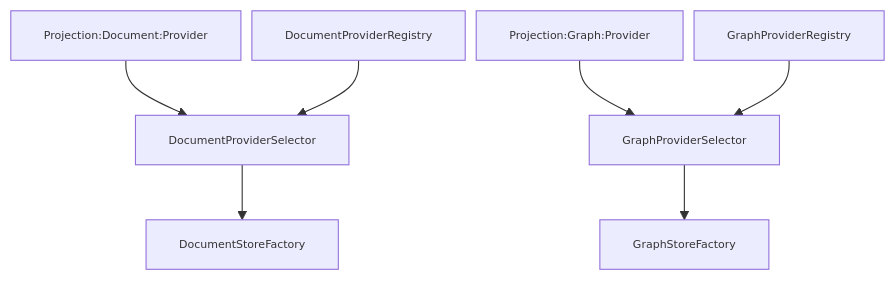
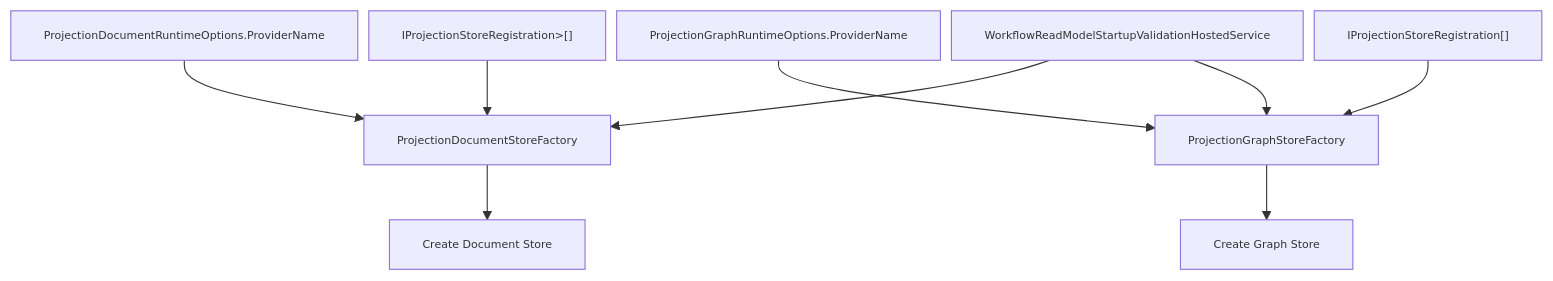
One commit to aevatarAI/aevatar changed the second of 2 diagrams in docs/architecture/projection-readmodel-full-refactor-plan-2026-02-24.md. Above: the diagram before and after it, drawn with Mermaid. The commit also changed other lines of this file and 38 other files, not shown here.

First line of the commit message:
Refactor Projection ReadModel Architecture and Streamline Provider Selection

````diff
--- a/docs/architecture/projection-readmodel-full-refactor-plan-2026-02-24.md
+++ b/docs/architecture/projection-readmodel-full-refactor-plan-2026-02-24.md
@@ -76,11 +47,15 @@
 ```mermaid
 %%{init: {"maxTextSize": 100000, "flowchart": {"useMaxWidth": false, "nodeSpacing": 10, "rankSpacing": 50}, "themeVariables": {"fontSize": "10px"}}}%%
 flowchart TB
-    DOC_CFG["Projection:Document:Provider"] --> DOC_SEL["DocumentProviderSelector"]
-    DOC_REG["DocumentProviderRegistry"] --> DOC_SEL
-    DOC_SEL --> DOC_FACTORY["DocumentStoreFactory"]
+    CFG_DOC["ProjectionDocumentRuntimeOptions.ProviderName"] --> DOC_FACTORY["ProjectionDocumentStoreFactory"]
+    CFG_GRA["ProjectionGraphRuntimeOptions.ProviderName"] --> GRA_FACTORY["ProjectionGraphStoreFactory"]
 
-    GRA_CFG["Projection:Graph:Provider"] --> GRA_SEL["GraphProviderSelector"]
-    GRA_REG["GraphProviderRegistry"] --> GRA_SEL
-    GRA_SEL --> GRA_FACTORY["GraphStoreFactory"]
+    REG_DOC["IProjectionStoreRegistration<IDocumentProjectionStore<,>>[]"] --> DOC_FACTORY
+    REG_GRA["IProjectionStoreRegistration<IProjectionGraphStore>[]"] --> GRA_FACTORY
+
+    DOC_FACTORY --> DOC_CREATED["Create Document Store"]
+    GRA_FACTORY --> GRA_CREATED["Create Graph Store"]
+
+    STARTUP["WorkflowReadModelStartupValidationHostedService"] --> DOC_FACTORY
+    STARTUP --> GRA_FACTORY
 ```
````
